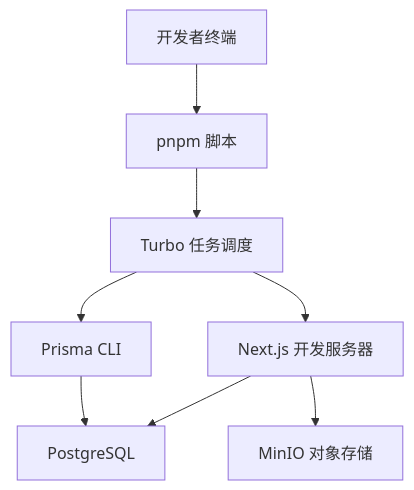
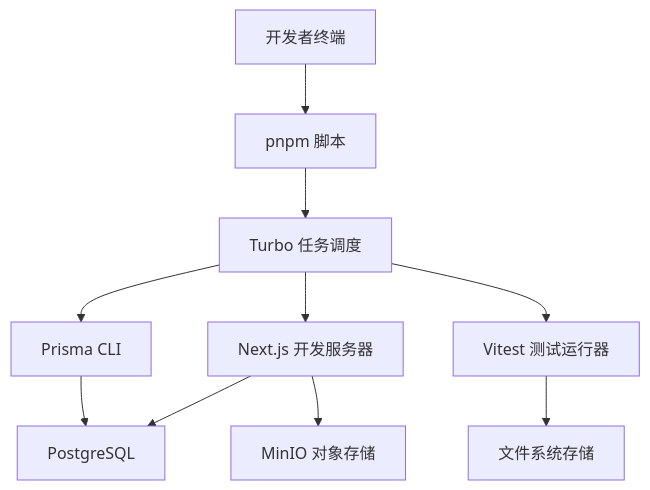
Before and after one commit to ai-guru-global/agent-up: the second of 7 diagrams in .qoder/repowiki/zh/content/开发指南/开发指南.md, drawn with Mermaid. The commit also changed other lines of this file and 13 other files, not shown here.

````diff
--- a/.qoder/repowiki/zh/content/开发指南/开发指南.md
+++ b/.qoder/repowiki/zh/content/开发指南/开发指南.md
@@ -111,10 +127,12 @@
 ```mermaid
 graph TB
 dev["开发者终端"] --> pnpm["pnpm 脚本"]
 pnpm --> turbo["Turbo 任务调度"]
 turbo --> next_dev["Next.js 开发服务器"]
 turbo --> prisma_cli["Prisma CLI"]
+turbo --> test_runner["Vitest 测试运行器"]
 next_dev --> db["PostgreSQL"]
 next_dev --> minio["MinIO 对象存储"]
+test_runner --> file_store["文件系统存储"]
 prisma_cli --> db
 ```
````
